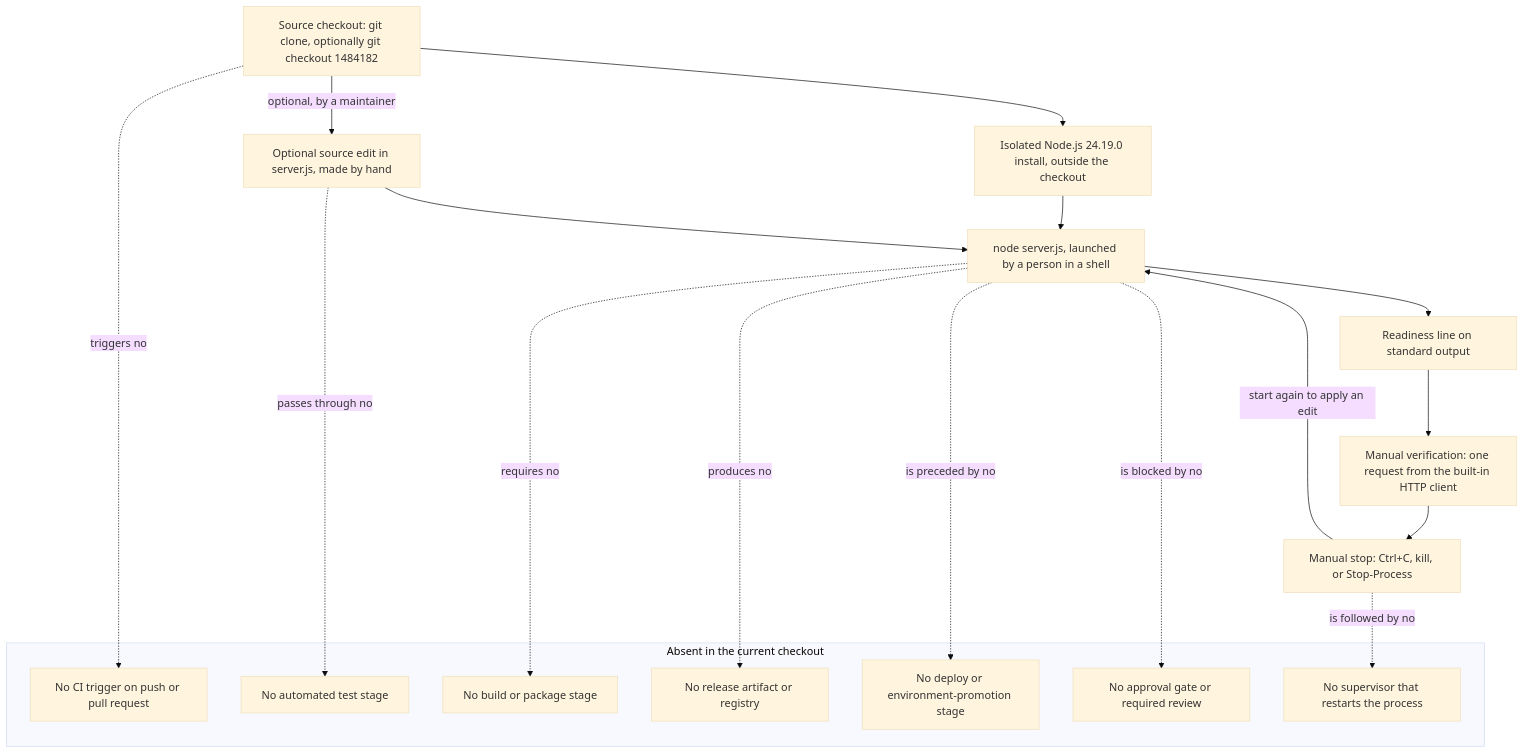
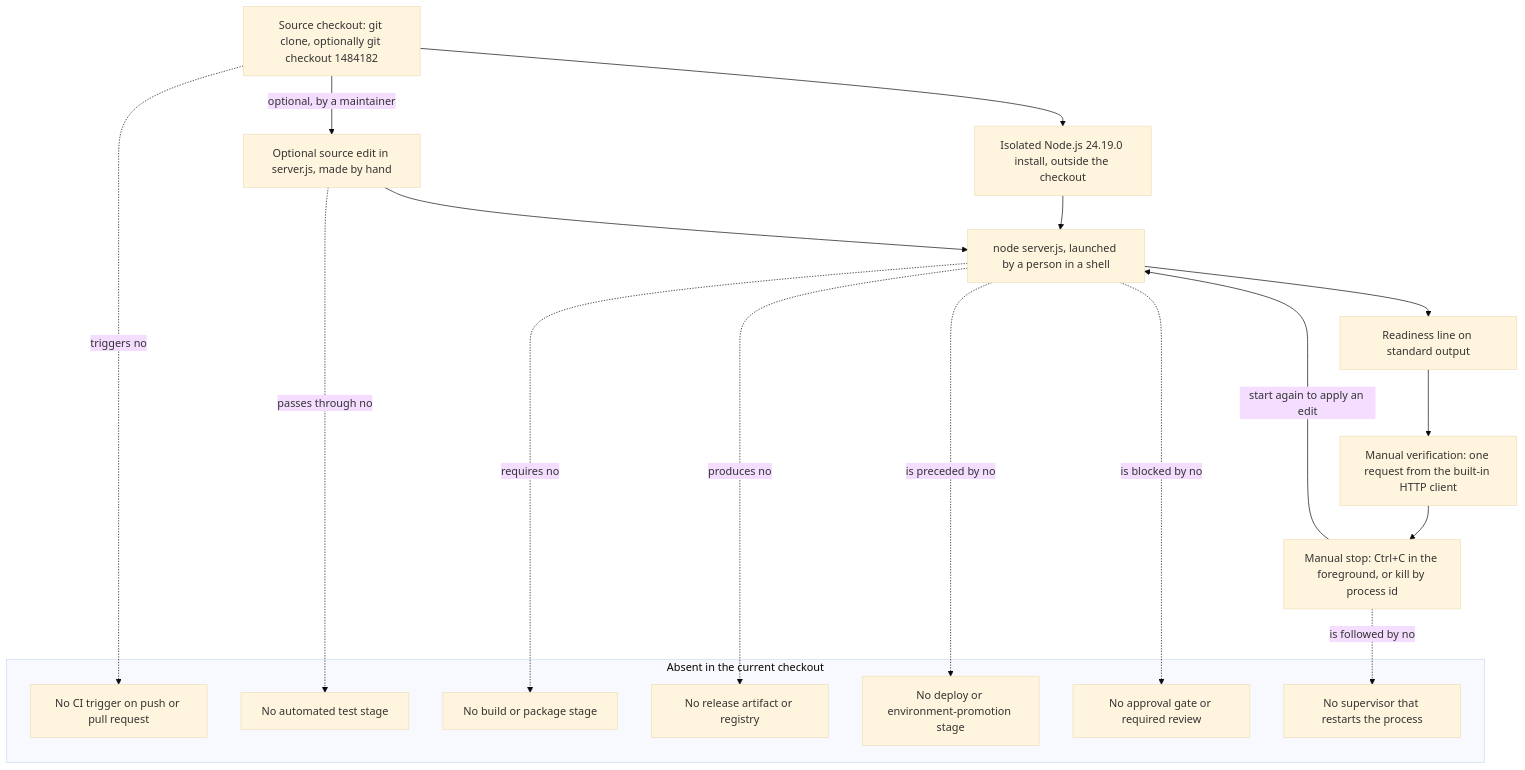
Before and after one commit to ajitblitzy/Ajit_GH_Repo-12-Mar-26: the diagram in docs/areas/devops.md, drawn with Mermaid (base theme). The commit also changed other lines of this file and 8 other files, not shown here.

````diff
--- a/docs/areas/devops.md
+++ b/docs/areas/devops.md
@@ -898,34 +1011,34 @@
 ```mermaid
 flowchart TB
     SRC["Source checkout: git clone, optionally git checkout 1484182"]
     RT["Isolated Node.js 24.19.0 install, outside the checkout"]
     EDIT["Optional source edit in server.js, made by hand"]
     RUN["node server.js, launched by a person in a shell"]
     READY["Readiness line on standard output"]
     VERIFY["Manual verification: one request from the built-in HTTP client"]
-    STOP["Manual stop: Ctrl+C, kill, or Stop-Process"]
+    STOP["Manual stop: Ctrl+C in the foreground, or kill by process id"]
     SRC --> RT
     RT --> RUN
     SRC -->|"optional, by a maintainer"| EDIT
     EDIT --> RUN
     RUN --> READY
     READY --> VERIFY
     VERIFY --> STOP
     STOP -->|"start again to apply an edit"| RUN
     subgraph ABSENT["Absent in the current checkout"]
         NOCI["No CI trigger on push or pull request"]
         NOTEST["No automated test stage"]
         NOBUILD["No build or package stage"]
         NOART["No release artifact or registry"]
         NODEPLOY["No deploy or environment-promotion stage"]
         NOGATE["No approval gate or required review"]
         NOSUP["No supervisor that restarts the process"]
     end
     SRC -.->|"triggers no"| NOCI
     EDIT -.->|"passes through no"| NOTEST
     RUN -.->|"requires no"| NOBUILD
     RUN -.->|"produces no"| NOART
     RUN -.->|"is preceded by no"| NODEPLOY
     RUN -.->|"is blocked by no"| NOGATE
     STOP -.->|"is followed by no"| NOSUP
 ```
````
